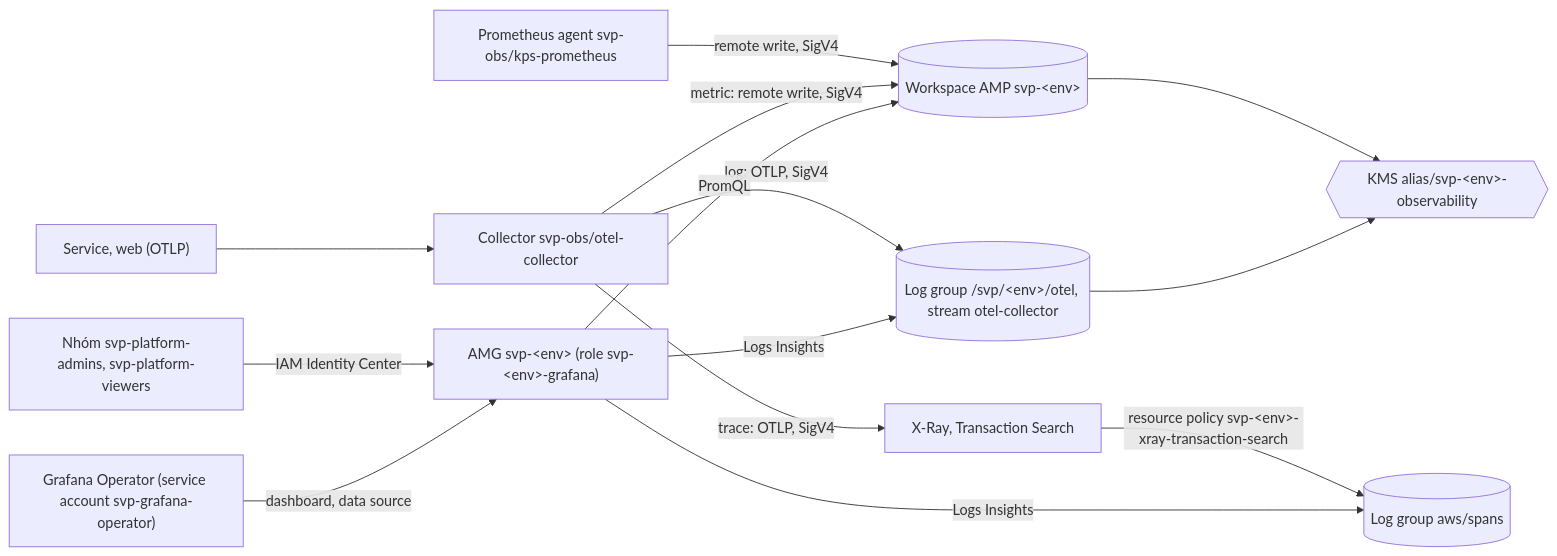
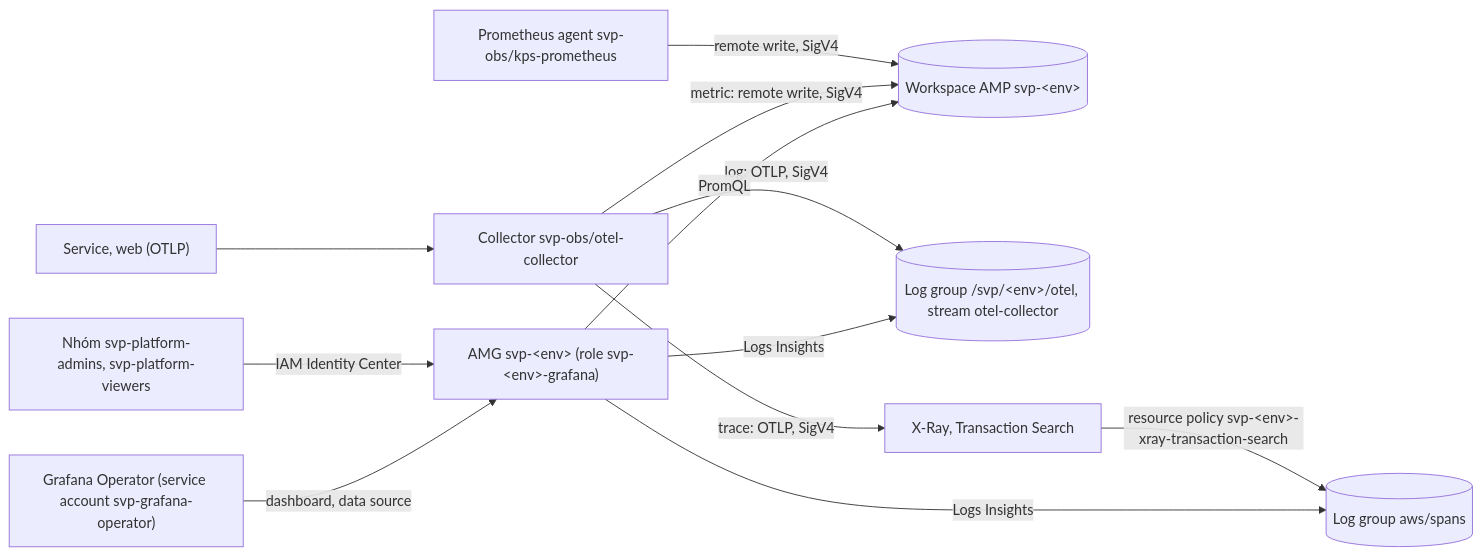
One commit to anhnvcoder/svp-infra changed the second of 2 diagrams in docs/handbook/08-accounts.md. Above: the diagram before and after it, drawn with Mermaid. The commit also changed other lines of this file and 98 other files, not shown here.

````diff
--- a/docs/handbook/08-accounts.md
+++ b/docs/handbook/08-accounts.md
@@ -201,16 +201,14 @@
 ```mermaid
 flowchart LR
   svc["Service, web (OTLP)"] --> col["Collector svp-obs/otel-collector"]
   agent["Prometheus agent svp-obs/kps-prometheus"] -->|"remote write, SigV4"| amp
   col -->|"metric: remote write, SigV4"| amp[("Workspace AMP svp-#60;env#62;")]
   col -->|"log: OTLP, SigV4"| logs[("Log group /svp/#60;env#62;/otel, stream otel-collector")]
   col -->|"trace: OTLP, SigV4"| xray["X-Ray, Transaction Search"]
   xray -->|"resource policy svp-#60;env#62;-xray-transaction-search"| spans[("Log group aws/spans")]
-  amp --> kms{{"KMS alias/svp-#60;env#62;-observability"}}
-  logs --> kms
   amg["AMG svp-#60;env#62; (role svp-#60;env#62;-grafana)"] -->|"PromQL"| amp
   amg -->|"Logs Insights"| logs
   amg -->|"Logs Insights"| spans
   user["Nhóm svp-platform-admins, svp-platform-viewers"] -->|"IAM Identity Center"| amg
   op["Grafana Operator (service account svp-grafana-operator)"] -->|"dashboard, data source"| amg
 ```
````
